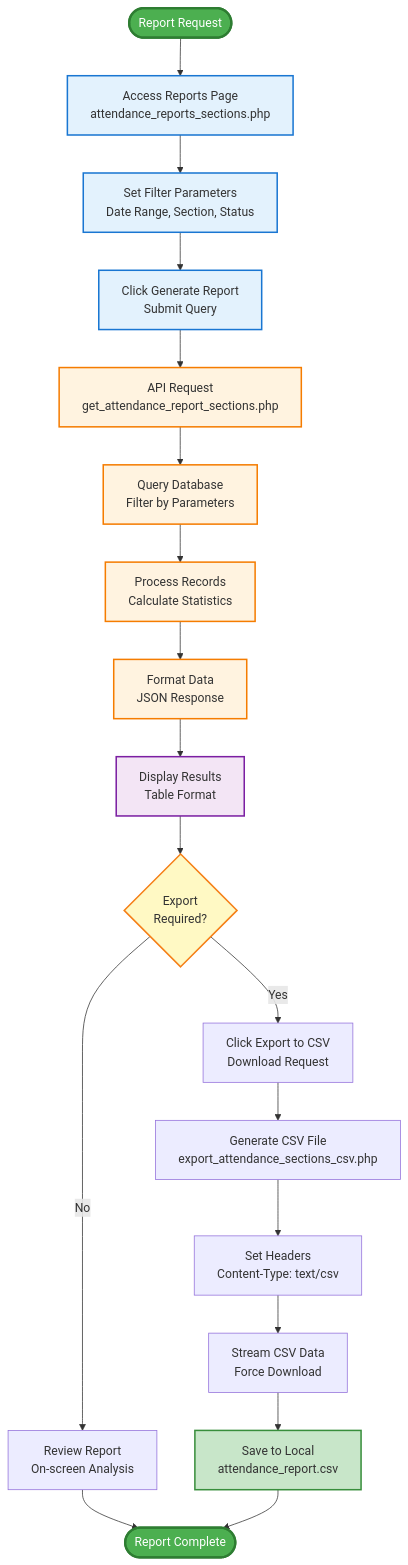
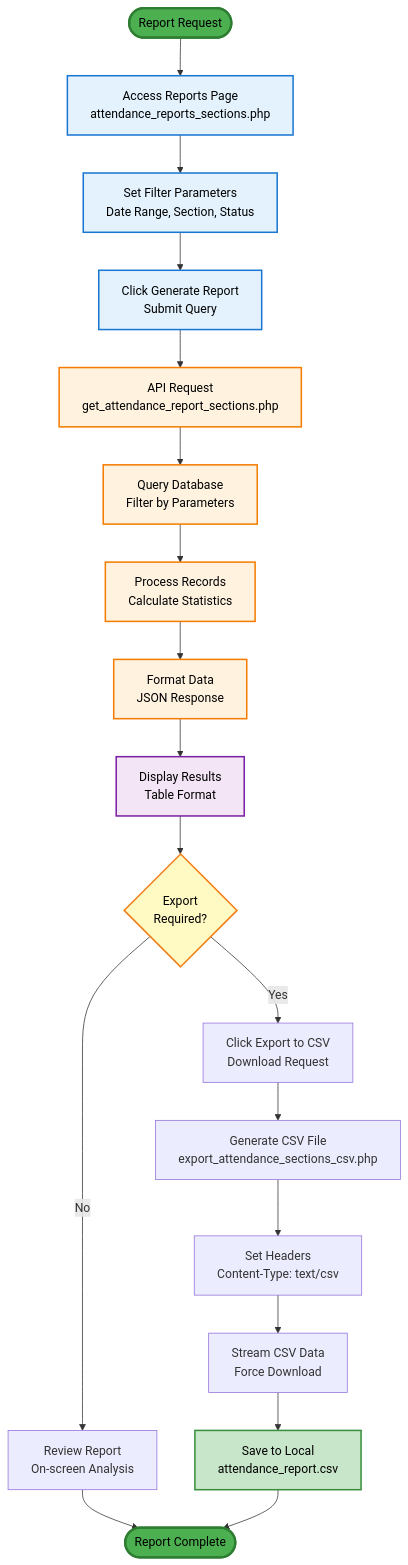
The sixth of 8 diagrams in GENERAL_PROCEDURE_FLOWCHART.md (TsmHabib03/Academy-of-St.Joseph-Claveria-Cagayan-Inc.-Attendance-Checker), drawn with Mermaid before and after one commit. The commit also changed other lines of this file, not shown here.

Commit message:
Flowchart successfully Iniatialized and Complete

````diff
--- a/GENERAL_PROCEDURE_FLOWCHART.md
+++ b/GENERAL_PROCEDURE_FLOWCHART.md
@@ -224,47 +267,47 @@
 ```mermaid
 flowchart TD
     Start([Report Request]) --> A[Access Reports Page<br/>attendance_reports_sections.php]
     
     A --> B[Set Filter Parameters<br/>Date Range, Section, Status]
     
     B --> C[Click Generate Report<br/>Submit Query]
     
     C --> D[API Request<br/>get_attendance_report_sections.php]
     
     D --> E[Query Database<br/>Filter by Parameters]
     
     E --> F[Process Records<br/>Calculate Statistics]
     
     F --> G[Format Data<br/>JSON Response]
     
     G --> H[Display Results<br/>Table Format]
     
     H --> I{Export<br/>Required?}
     
     I -->|No| J[Review Report<br/>On-screen Analysis]
     I -->|Yes| K[Click Export to CSV<br/>Download Request]
     
     K --> L[Generate CSV File<br/>export_attendance_sections_csv.php]
     
     L --> M[Set Headers<br/>Content-Type: text/csv]
     
     M --> N[Stream CSV Data<br/>Force Download]
     
     N --> O[Save to Local<br/>attendance_report.csv]
     
     J --> End([Report Complete])
     O --> End
     
-    style Start fill:#4CAF50,stroke:#2E7D32,stroke-width:3px,color:#fff
-    style End fill:#4CAF50,stroke:#2E7D32,stroke-width:3px,color:#fff
-    style I fill:#FFF9C4,stroke:#F57F17,stroke-width:2px
-    style A fill:#E3F2FD,stroke:#1976D2,stroke-width:2px
-    style B fill:#E3F2FD,stroke:#1976D2,stroke-width:2px
-    style C fill:#E3F2FD,stroke:#1976D2,stroke-width:2px
-    style D fill:#FFF3E0,stroke:#F57C00,stroke-width:2px
-    style E fill:#FFF3E0,stroke:#F57C00,stroke-width:2px
-    style F fill:#FFF3E0,stroke:#F57C00,stroke-width:2px
-    style G fill:#FFF3E0,stroke:#F57C00,stroke-width:2px
-    style H fill:#F3E5F5,stroke:#7B1FA2,stroke-width:2px
-    style O fill:#C8E6C9,stroke:#388E3C,stroke-width:2px
+    style Start fill:#4CAF50,stroke:#2E7D32,stroke-width:3px,color:#000
+    style End fill:#4CAF50,stroke:#2E7D32,stroke-width:3px,color:#000
+    style I fill:#FFF9C4,stroke:#F57F17,stroke-width:2px,color:#000
+    style A fill:#E3F2FD,stroke:#1976D2,stroke-width:2px,color:#000
+    style B fill:#E3F2FD,stroke:#1976D2,stroke-width:2px,color:#000
+    style C fill:#E3F2FD,stroke:#1976D2,stroke-width:2px,color:#000
+    style D fill:#FFF3E0,stroke:#F57C00,stroke-width:2px,color:#000
+    style E fill:#FFF3E0,stroke:#F57C00,stroke-width:2px,color:#000
+    style F fill:#FFF3E0,stroke:#F57C00,stroke-width:2px,color:#000
+    style G fill:#FFF3E0,stroke:#F57C00,stroke-width:2px,color:#000
+    style H fill:#F3E5F5,stroke:#7B1FA2,stroke-width:2px,color:#000
+    style O fill:#C8E6C9,stroke:#388E3C,stroke-width:2px,color:#000
 ```
````
